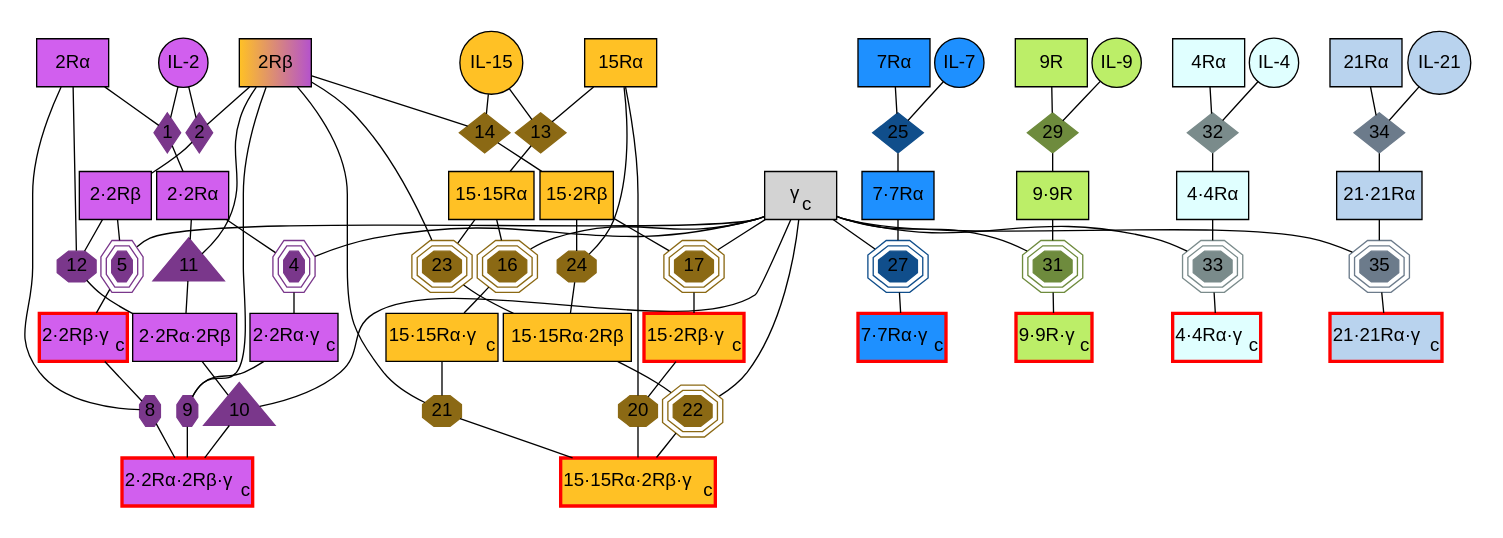
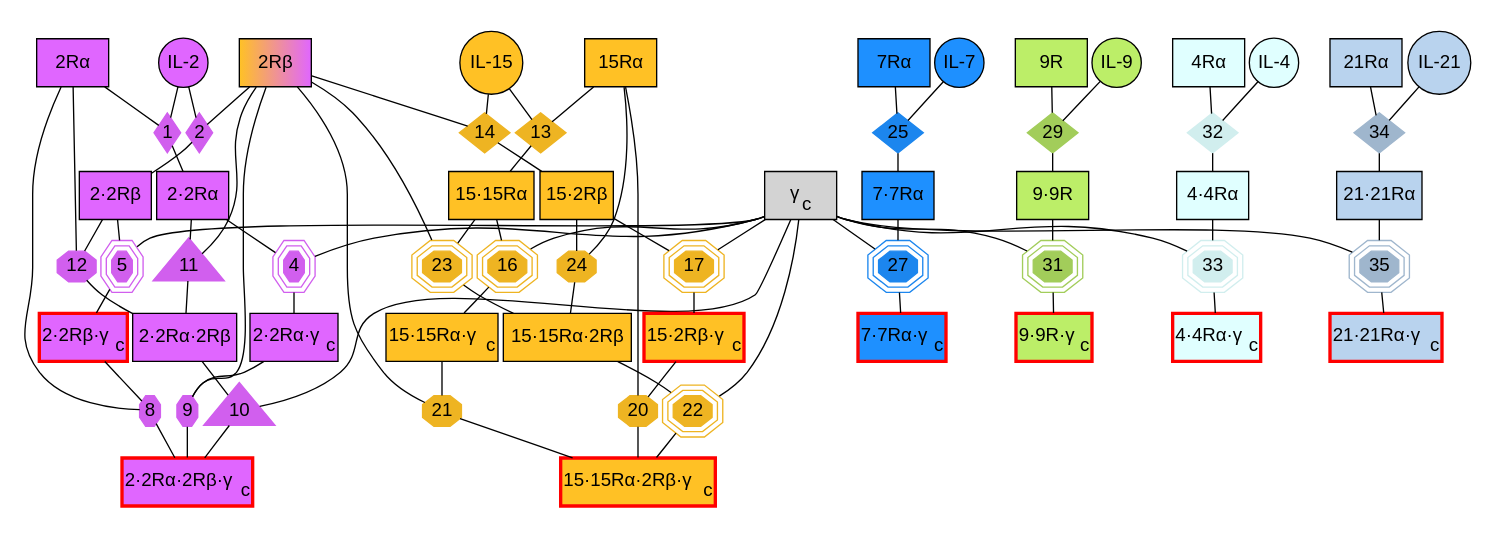
Before and after one commit to meyer-lab/gc-cytokines: the diagram in ckine/data/graph_all.gv, drawn with Graphviz. The commit also changed 17 other files, not shown here.

```diff
--- a/ckine/data/graph_all.gv
+++ b/ckine/data/graph_all.gv
@@ -11,17 +11,17 @@
     subgraph species {
         node [margin=0.03];
 
-        "IL-2"   [shape=circle, fontname = "helvetica", fillcolor=mediumorchid2, style=filled ];
-        "2Rα" [shape=box, fontname = "helvetica", fillcolor=mediumorchid2, style=filled   ];
-        "2Rβ" [shape=box, style=filled, fontname = "helvetica", fillcolor="goldenrod1:mediumorchid3", style=filled];
-        "2·2Rα" [shape=box, fontname = "helvetica", fillcolor=mediumorchid2, style=filled];
-        "2·2Rβ" [shape=box, fontname = "helvetica", fillcolor=mediumorchid2, style=filled];
-        "2·2Rα" [shape=box, fontname = "helvetica", fillcolor=mediumorchid2, style=filled];
-        "2·2Rα" [shape=box, fontname = "helvetica", fillcolor=mediumorchid2, style=filled];
-        "2·2Rα·2Rβ" [shape=box, fontname = "helvetica", fillcolor=mediumorchid2, style=filled ];
-        "2·2Rα·gc" [label=<2·2Rα·γ<SUB>c</SUB>>, shape=box, fontname = "helvetica" , fillcolor=mediumorchid2, style=filled];
-        "2·2Rβ·gc" [label=<2·2Rβ·γ<SUB>c</SUB>>, shape=box, color=red, fontname = "helvetica" , fillcolor=mediumorchid2, style=filled, penwidth=2.5];
-        "2·2Rα·2Rβ·gc" [label=<2·2Rα·2Rβ·γ<SUB>c</SUB>>, shape=box, color=red, fontname = "helvetica", fillcolor=mediumorchid2, style=filled , penwidth=2.5];
+        "IL-2"   [shape=circle, fontname = "helvetica", fillcolor=mediumorchid1, style=filled ];
+        "2Rα" [shape=box, fontname = "helvetica", fillcolor=mediumorchid1, style=filled   ];
+        "2Rβ" [shape=box, style=filled, fontname = "helvetica", fillcolor="goldenrod1:mediumorchid1", style=filled];
+        "2·2Rα" [shape=box, fontname = "helvetica", fillcolor=mediumorchid1, style=filled];
+        "2·2Rβ" [shape=box, fontname = "helvetica", fillcolor=mediumorchid1, style=filled];
+        "2·2Rα" [shape=box, fontname = "helvetica", fillcolor=mediumorchid1, style=filled];
+        "2·2Rα" [shape=box, fontname = "helvetica", fillcolor=mediumorchid1, style=filled];
+        "2·2Rα·2Rβ" [shape=box, fontname = "helvetica", fillcolor=mediumorchid1, style=filled ];
+        "2·2Rα·gc" [label=<2·2Rα·γ<SUB>c</SUB>>, shape=box, fontname = "helvetica" , fillcolor=mediumorchid1, style=filled];
+        "2·2Rβ·gc" [label=<2·2Rβ·γ<SUB>c</SUB>>, shape=box, color=red, fontname = "helvetica" , fillcolor=mediumorchid1, style=filled, penwidth=2.5];
+        "2·2Rα·2Rβ·gc" [label=<2·2Rα·2Rβ·γ<SUB>c</SUB>>, shape=box, color=red, fontname = "helvetica", fillcolor=mediumorchid1, style=filled , penwidth=2.5];
 
         "IL-15"  [shape=circle, fontname = "helvetica", fillcolor=goldenrod1, style=filled];
         "15Rα"    [shape=box, fontname = "helvetica", fillcolor=goldenrod1, style=filled];
@@ -54,7 +54,7 @@
     }
 
     subgraph cluster_IL2 {
-    	node [style=filled,color=mediumorchid4, margin=0];
+    	node [style=filled,color=mediumorchid2, margin=0];
         penwidth=0;
 
         "1" [shape=diamond,style=filled,height=.1,width=.1, fontname = "helvetica"];
@@ -104,7 +104,7 @@
     }
 
     subgraph cluster_IL15 {
-    	node [style=filled,color=goldenrod4, margin=0];
+    	node [style=filled,color=goldenrod2, margin=0];
         edge [dir=none, weight=1];
         penwidth=0;
 
@@ -155,7 +155,7 @@
         }
 
     subgraph cluster_IL7 {
-    	node [style=filled,color=dodgerblue4, margin=0];
+    	node [style=filled,color=dodgerblue2, margin=0];
         edge [dir=none, weight=1];
         penwidth=0;
         
@@ -171,7 +171,7 @@
     }
 
     subgraph cluster_IL9 {
-    	node [style=filled,color=darkolivegreen4, margin=0];
+    	node [style=filled,color=darkolivegreen3, margin=0];
         edge [dir=none, weight=1];
         penwidth=0;
         
@@ -187,7 +187,7 @@
     }
 
     subgraph cluster_IL4 {
-    	node [style=filled, color=lightcyan4, margin=0];
+    	node [style=filled, color=lightcyan2, margin=0];
         edge [dir=none, weight=1];
         penwidth=0;
         
@@ -202,7 +202,7 @@
         "33" -> "4·4Rα·gc";
     }
     subgraph cluster_IL21 {
-    	node [style=filled, color=slategray4, margin=0];
+    	node [style=filled, color=slategray3, margin=0];
         edge [dir=none, weight=1];
         penwidth=0;
         
```
